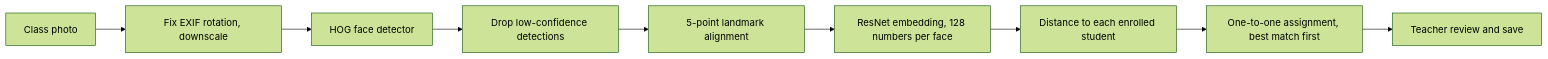
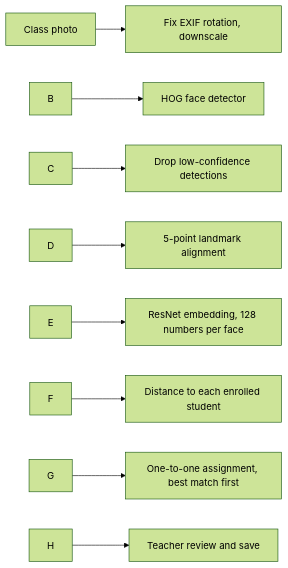
The diagram in README.md (Rati-Akela/AI-Attendance-System), drawn with Mermaid (forest theme) before and after one commit. The commit also changed other lines of this file, not shown here.

````diff
--- a/README.md
+++ b/README.md
@@ -30,11 +30,11 @@
 ```mermaid
 flowchart LR
-    A[Class photo] --> B[Fix EXIF rotation, downscale]
-    B --> C[HOG face detector]
-    C --> D[Drop low-confidence detections]
-    D --> E[5-point landmark alignment]
-    E --> F[ResNet embedding, 128 numbers per face]
-    F --> G[Distance to each enrolled student]
-    G --> H[One-to-one assignment, best match first]
-    H --> I[Teacher review and save]
+    A\[Class photo] --> B\[Fix EXIF rotation, downscale]
+    B --> C\[HOG face detector]
+    C --> D\[Drop low-confidence detections]
+    D --> E\[5-point landmark alignment]
+    E --> F\[ResNet embedding, 128 numbers per face]
+    F --> G\[Distance to each enrolled student]
+    G --> H\[One-to-one assignment, best match first]
+    H --> I\[Teacher review and save]
 ```
````
